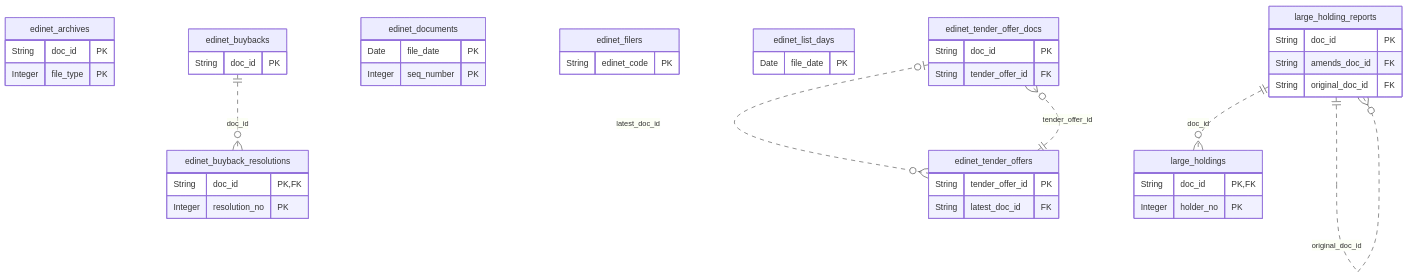
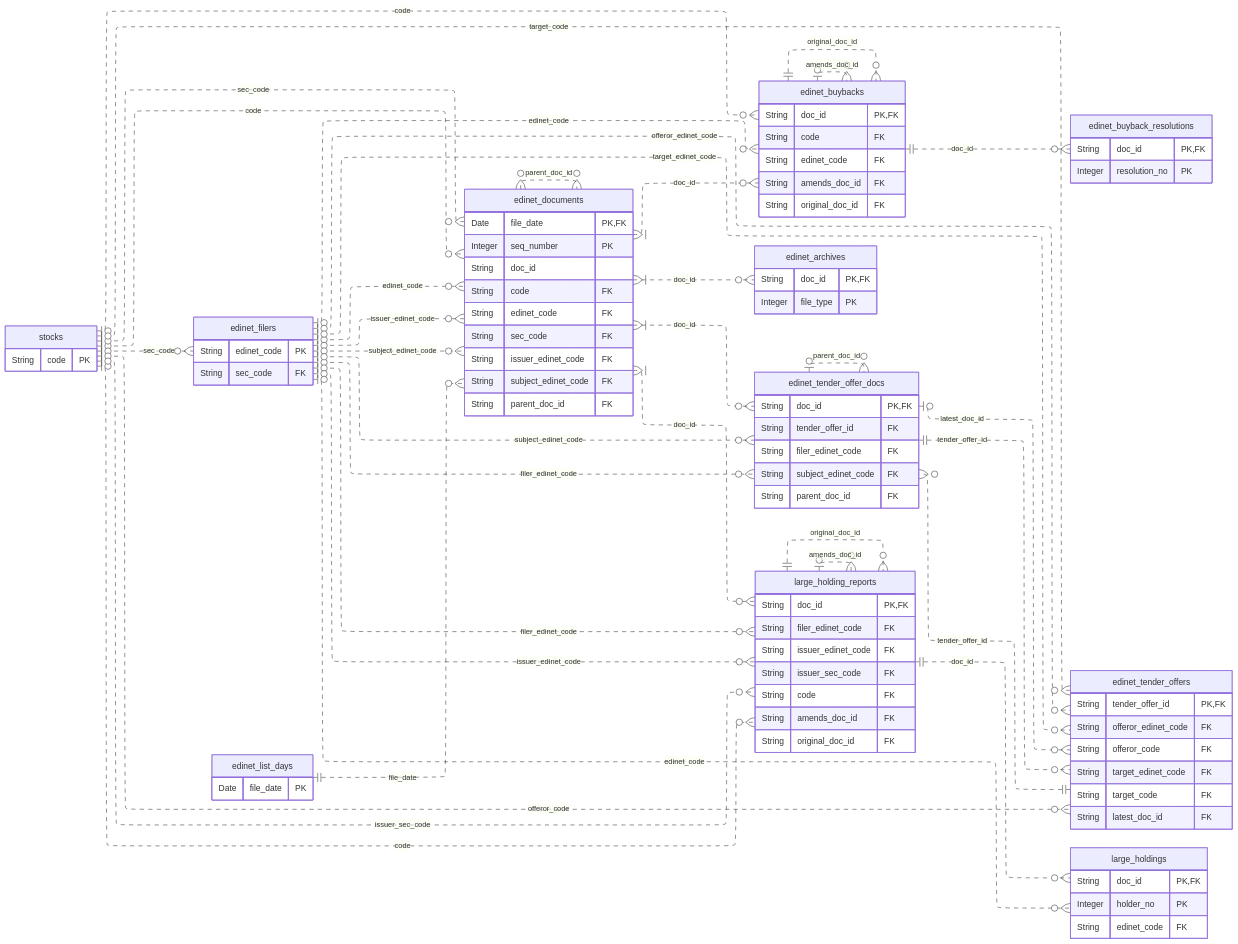
Before and after one commit to pekumirui/stock-analyzer: the diagram in docs/schema/edinet.md, drawn with Mermaid. The commit also changed other lines of this file and 15 other files, not shown here.

First line of the commit message:
improve(KAB-495): 全テーブルの参照をモデルに宣言し、ER 図に全部の線を出す (#1579)

````diff
--- a/docs/schema/edinet.md
+++ b/docs/schema/edinet.md
@@ -7,7 +7,12 @@
 ```mermaid
+---
+config:
+  layout: elk
+---
 erDiagram
+  direction LR
   edinet_archives {
-    String doc_id PK
+    String doc_id PK, FK
     Integer file_type PK
   }
   edinet_buyback_resolutions {
@@ -15,39 +20,95 @@
     Integer resolution_no PK
   }
   edinet_buybacks {
-    String doc_id PK
+    String doc_id PK, FK
+    String code FK
+    String edinet_code FK
+    String amends_doc_id FK
+    String original_doc_id FK
   }
   edinet_documents {
-    Date file_date PK
+    Date file_date PK, FK
     Integer seq_number PK
+    String doc_id 
+    String code FK
+    String edinet_code FK
+    String sec_code FK
+    String issuer_edinet_code FK
+    String subject_edinet_code FK
+    String parent_doc_id FK
   }
   edinet_filers {
     String edinet_code PK
+    String sec_code FK
   }
   edinet_list_days {
     Date file_date PK
   }
   edinet_tender_offer_docs {
-    String doc_id PK
+    String doc_id PK, FK
     String tender_offer_id FK
+    String filer_edinet_code FK
+    String subject_edinet_code FK
+    String parent_doc_id FK
   }
   edinet_tender_offers {
-    String tender_offer_id PK
+    String tender_offer_id PK, FK
+    String offeror_edinet_code FK
+    String offeror_code FK
+    String target_edinet_code FK
+    String target_code FK
     String latest_doc_id FK
   }
   large_holding_reports {
-    String doc_id PK
+    String doc_id PK, FK
+    String filer_edinet_code FK
+    String issuer_edinet_code FK
+    String issuer_sec_code FK
+    String code FK
     String amends_doc_id FK
     String original_doc_id FK
   }
   large_holdings {
     String doc_id PK, FK
     Integer holder_no PK
+    String edinet_code FK
   }
+  stocks {
+    String code PK
+  }
+  edinet_buybacks |o..o{ edinet_buybacks : amends_doc_id
   edinet_buybacks ||..o{ edinet_buyback_resolutions : doc_id
+  edinet_buybacks ||..o{ edinet_buybacks : original_doc_id
+  edinet_documents }o..o{ edinet_documents : parent_doc_id
+  edinet_documents }|..o{ edinet_archives : doc_id
+  edinet_documents }|..o{ edinet_buybacks : doc_id
+  edinet_documents }|..o{ edinet_tender_offer_docs : doc_id
+  edinet_documents }|..o{ large_holding_reports : doc_id
+  edinet_filers |o..o{ edinet_buybacks : edinet_code
+  edinet_filers |o..o{ edinet_documents : edinet_code
+  edinet_filers |o..o{ edinet_documents : issuer_edinet_code
+  edinet_filers |o..o{ edinet_documents : subject_edinet_code
+  edinet_filers |o..o{ edinet_tender_offer_docs : filer_edinet_code
+  edinet_filers |o..o{ edinet_tender_offer_docs : subject_edinet_code
+  edinet_filers |o..o{ edinet_tender_offers : offeror_edinet_code
+  edinet_filers |o..o{ edinet_tender_offers : target_edinet_code
+  edinet_filers |o..o{ large_holding_reports : filer_edinet_code
+  edinet_filers |o..o{ large_holding_reports : issuer_edinet_code
+  edinet_filers |o..o{ large_holdings : edinet_code
+  edinet_list_days ||..o{ edinet_documents : file_date
+  edinet_tender_offer_docs |o..o{ edinet_tender_offer_docs : parent_doc_id
   edinet_tender_offer_docs |o..o{ edinet_tender_offers : latest_doc_id
+  edinet_tender_offer_docs ||..o{ edinet_tender_offers : tender_offer_id
   edinet_tender_offers ||..o{ edinet_tender_offer_docs : tender_offer_id
   large_holding_reports |o..o{ large_holding_reports : amends_doc_id
   large_holding_reports ||..o{ large_holding_reports : original_doc_id
   large_holding_reports ||..o{ large_holdings : doc_id
+  stocks |o..o{ edinet_buybacks : code
+  stocks |o..o{ edinet_documents : code
+  stocks |o..o{ edinet_documents : sec_code
+  stocks |o..o{ edinet_filers : sec_code
+  stocks |o..o{ edinet_tender_offers : offeror_code
+  stocks |o..o{ edinet_tender_offers : target_code
+  stocks |o..o{ large_holding_reports : code
+  stocks |o..o{ large_holding_reports : issuer_sec_code
 ```
````
